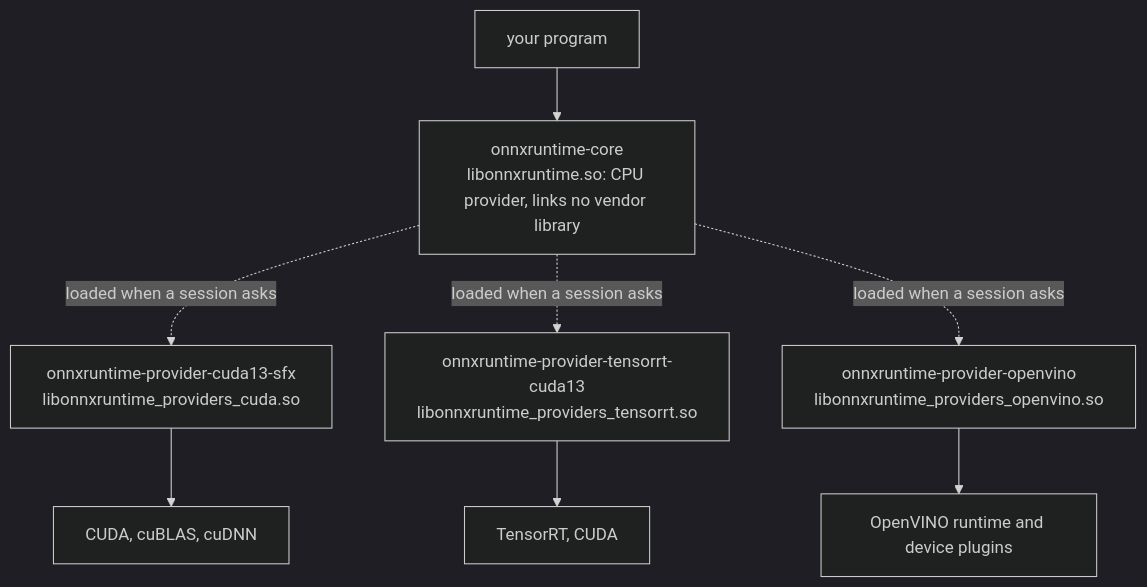
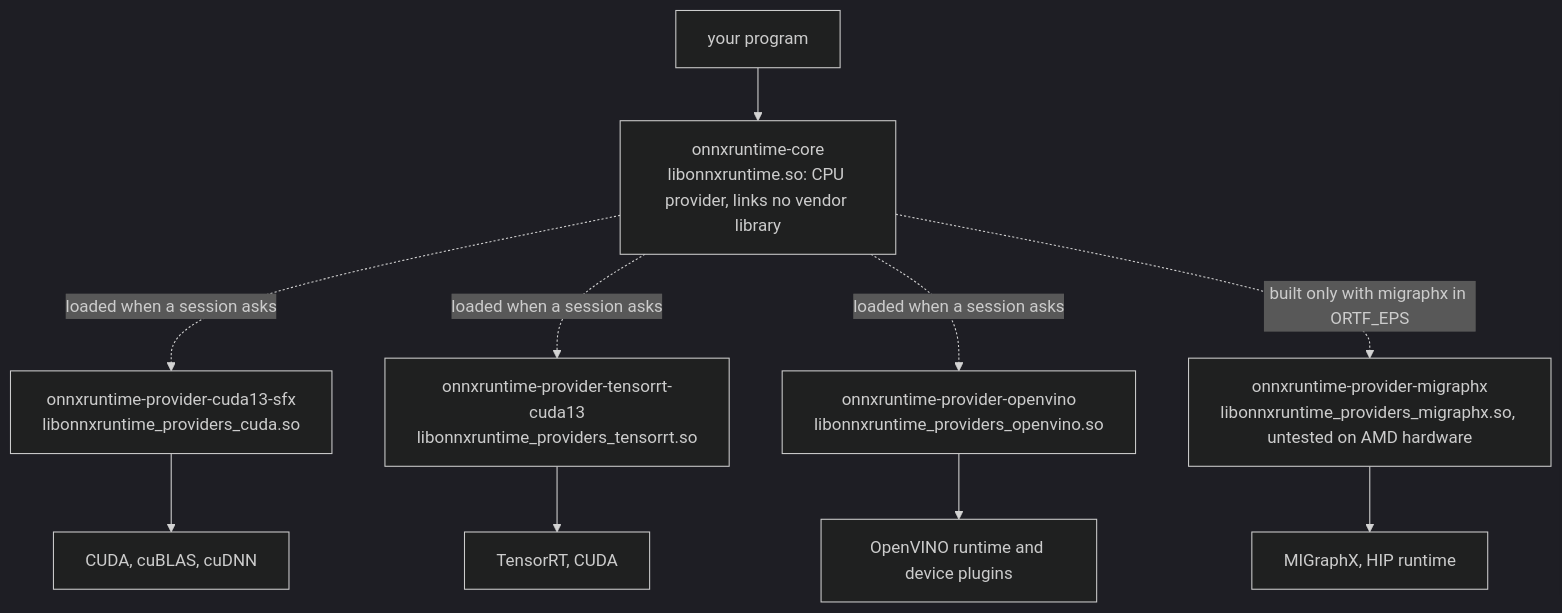
Before and after one commit to rsd/omarchy-onnxruntime: the diagram in docs/engines.md, drawn with Mermaid (dark theme). The commit also changed other lines of this file and 9 other files, not shown here.

First line of the commit message:
Add an AMD GPU provider package, onnxruntime-provider-migraphx

````diff
--- a/docs/engines.md
+++ b/docs/engines.md
@@ -5,10 +5,12 @@
 ```mermaid
 flowchart TD
     A[your program] --> B[onnxruntime-core<br/>libonnxruntime.so: CPU provider, links no vendor library]
     B -. loaded when a session asks .-> C[onnxruntime-provider-cuda13-sfx<br/>libonnxruntime_providers_cuda.so]
     B -. loaded when a session asks .-> D[onnxruntime-provider-tensorrt-cuda13<br/>libonnxruntime_providers_tensorrt.so]
     B -. loaded when a session asks .-> E[onnxruntime-provider-openvino<br/>libonnxruntime_providers_openvino.so]
+    B -. built only with migraphx in ORTF_EPS .-> I[onnxruntime-provider-migraphx<br/>libonnxruntime_providers_migraphx.so, untested on AMD hardware]
     C --> F[CUDA, cuBLAS, cuDNN]
     D --> G[TensorRT, CUDA]
     E --> H[OpenVINO runtime and device plugins]
+    I --> J[MIGraphX, HIP runtime]
 ```
````
